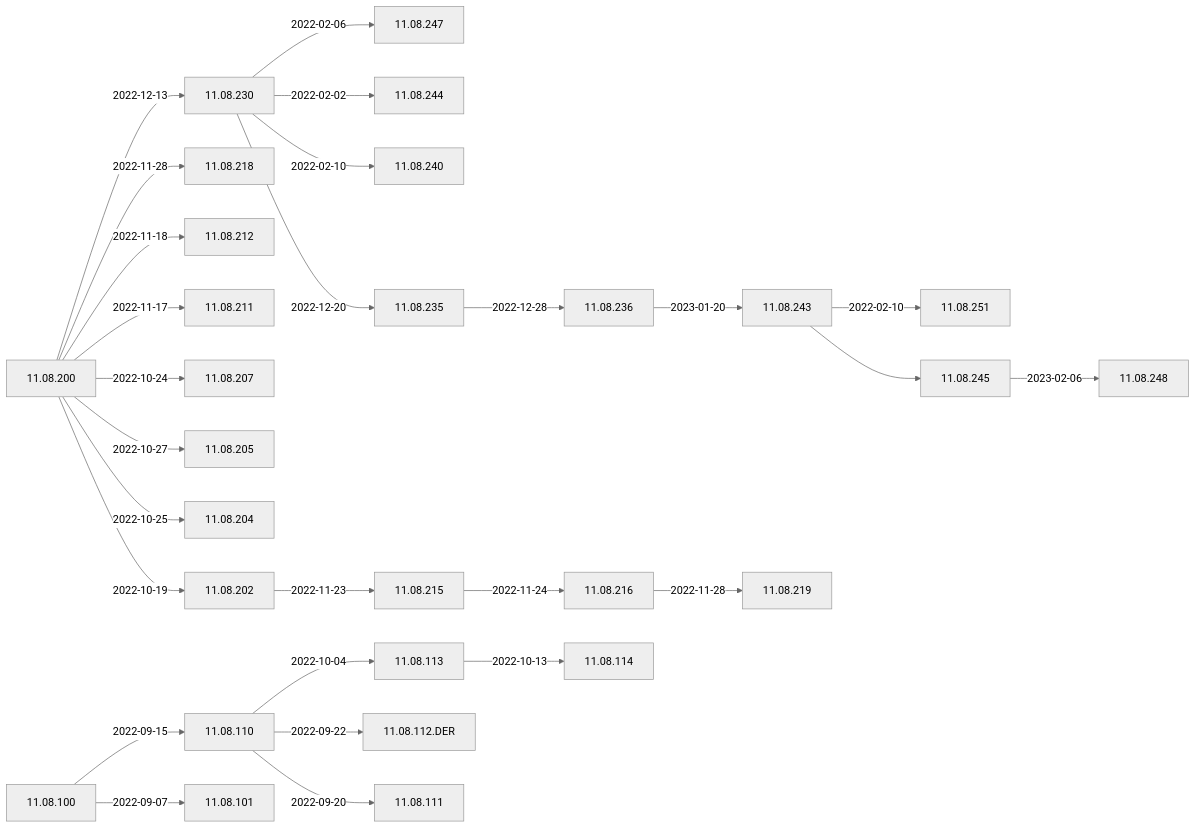
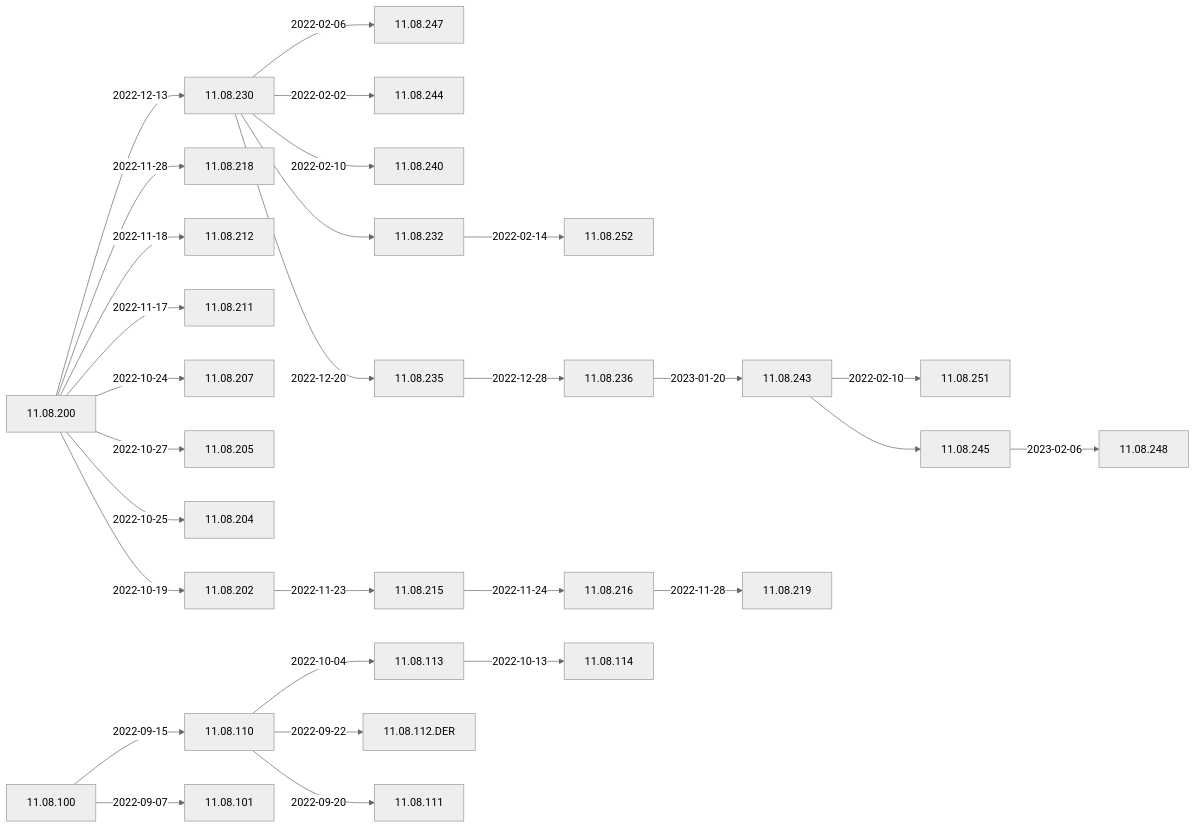
Before and after one commit to woydziak/IGEL-Docs: the first of 3 diagrams in Docs/ReleaseNotes/01-OS11/README.md, drawn with Mermaid (neutral theme).

````diff
--- a/Docs/ReleaseNotes/01-OS11/README.md
+++ b/Docs/ReleaseNotes/01-OS11/README.md
@@ -9,39 +9,41 @@
 ```mermaid
 flowchart LR
     11.08.243-- 2022-02-10 -->11.08.251
     11.08.230-- 2022-02-06 -->11.08.247
     11.08.230-- 2022-02-02 -->11.08.244
     11.08.230-- 2022-02-10 -->11.08.240
+    11.08.230-->11.08.232-- 2022-02-14 -->11.08.252
     11.08.200-- 2022-12-13 -->11.08.230-- 2022-12-20 -->11.08.235-- 2022-12-28 -->11.08.236-- 2023-01-20 -->11.08.243-->11.08.245-- 2023-02-06 -->11.08.248
     11.08.200-- 2022-11-28 -->11.08.218
     11.08.200-- 2022-11-18 -->11.08.212
     11.08.200-- 2022-11-17 -->11.08.211
     11.08.200-- 2022-10-24 -->11.08.207
     11.08.200-- 2022-10-27 -->11.08.205
     11.08.200-- 2022-10-25 -->11.08.204
     11.08.200-- 2022-10-19 -->11.08.202-- 2022-11-23 -->11.08.215-- 2022-11-24 -->11.08.216-- 2022-11-28 -->11.08.219
     11.08.110-- 2022-10-04 -->11.08.113-- 2022-10-13 -->11.08.114
     11.08.110-- 2022-09-22 -->11.08.112.DER
     11.08.100-- 2022-09-15 -->11.08.110-- 2022-09-20 -->11.08.111
     11.08.100-- 2022-09-07 -->11.08.101
+    click 11.08.252 "https://github.com/IGEL-Community/IGEL-Docs/blob/main/Docs/ReleaseNotes/01-OS11/readme11.08.252.txt" "Open this in a new tab"
     click 11.08.251 "https://github.com/IGEL-Community/IGEL-Docs/blob/main/Docs/ReleaseNotes/01-OS11/readme11.08.251.txt" "Open this in a new tab"
     click 11.08.248 "https://github.com/IGEL-Community/IGEL-Docs/blob/main/Docs/ReleaseNotes/01-OS11/readme11.08.248.txt" "Open this in a new tab"
     click 11.08.247 "https://github.com/IGEL-Community/IGEL-Docs/blob/main/Docs/ReleaseNotes/01-OS11/readme11.08.247.txt" "Open this in a new tab"
     click 11.08.244 "https://github.com/IGEL-Community/IGEL-Docs/blob/main/Docs/ReleaseNotes/01-OS11/readme11.08.244.txt" "Open this in a new tab"
     click 11.08.243 "https://github.com/IGEL-Community/IGEL-Docs/blob/main/Docs/ReleaseNotes/01-OS11/readme11.08.243.txt" "Open this in a new tab"
     click 11.08.240 "https://github.com/IGEL-Community/IGEL-Docs/blob/main/Docs/ReleaseNotes/01-OS11/readme11.08.240.txt" "Open this in a new tab"
     click 11.08.236 "https://github.com/IGEL-Community/IGEL-Docs/blob/main/Docs/ReleaseNotes/01-OS11/readme11.08.236.txt" "Open this in a new tab"
     click 11.08.235 "https://github.com/IGEL-Community/IGEL-Docs/blob/main/Docs/ReleaseNotes/01-OS11/readme11.08.235.txt" "Open this in a new tab"
     click 11.08.230 "https://github.com/IGEL-Community/IGEL-Docs/blob/main/Docs/ReleaseNotes/01-OS11/readme11.08.230.txt" "Open this in a new tab"
     click 11.08.219 "https://github.com/IGEL-Community/IGEL-Docs/blob/main/Docs/ReleaseNotes/01-OS11/readme11.08.219.txt" "Open this in a new tab"
     click 11.08.218 "https://github.com/IGEL-Community/IGEL-Docs/blob/main/Docs/ReleaseNotes/01-OS11/readme11.08.218.txt" "Open this in a new tab"
     click 11.08.216 "https://github.com/IGEL-Community/IGEL-Docs/blob/main/Docs/ReleaseNotes/01-OS11/readme11.08.216.txt" "Open this in a new tab"
     click 11.08.215 "https://github.com/IGEL-Community/IGEL-Docs/blob/main/Docs/ReleaseNotes/01-OS11/readme11.08.215.txt" "Open this in a new tab"
     click 11.08.212 "https://github.com/IGEL-Community/IGEL-Docs/blob/main/Docs/ReleaseNotes/01-OS11/readme11.08.212.txt" "Open this in a new tab"
     click 11.08.211 "https://github.com/IGEL-Community/IGEL-Docs/blob/main/Docs/ReleaseNotes/01-OS11/readme11.08.211.txt" "Open this in a new tab"
     click 11.08.207 "https://github.com/IGEL-Community/IGEL-Docs/blob/main/Docs/ReleaseNotes/01-OS11/readme11.08.207.txt" "Open this in a new tab"
     click 11.08.205 "https://github.com/IGEL-Community/IGEL-Docs/blob/main/Docs/ReleaseNotes/01-OS11/readme11.08.205.txt" "Open this in a new tab"
     click 11.08.204 "https://github.com/IGEL-Community/IGEL-Docs/blob/main/Docs/ReleaseNotes/01-OS11/readme11.08.204.txt" "Open this in a new tab"
     click 11.08.202 "https://github.com/IGEL-Community/IGEL-Docs/blob/main/Docs/ReleaseNotes/01-OS11/readme11.08.202.txt" "Open this in a new tab"
     click 11.08.200 "https://github.com/IGEL-Community/IGEL-Docs/blob/main/Docs/ReleaseNotes/01-OS11/readme11.08.200.txt" "Open this in a new tab"
 ```
````
